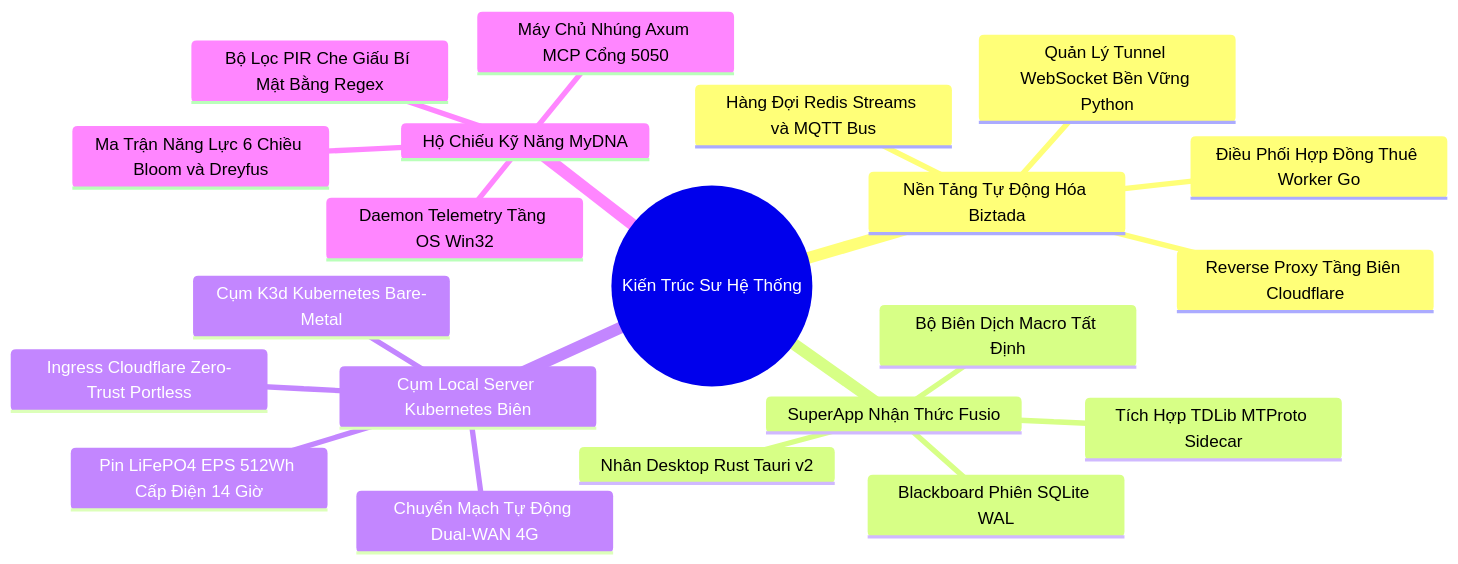
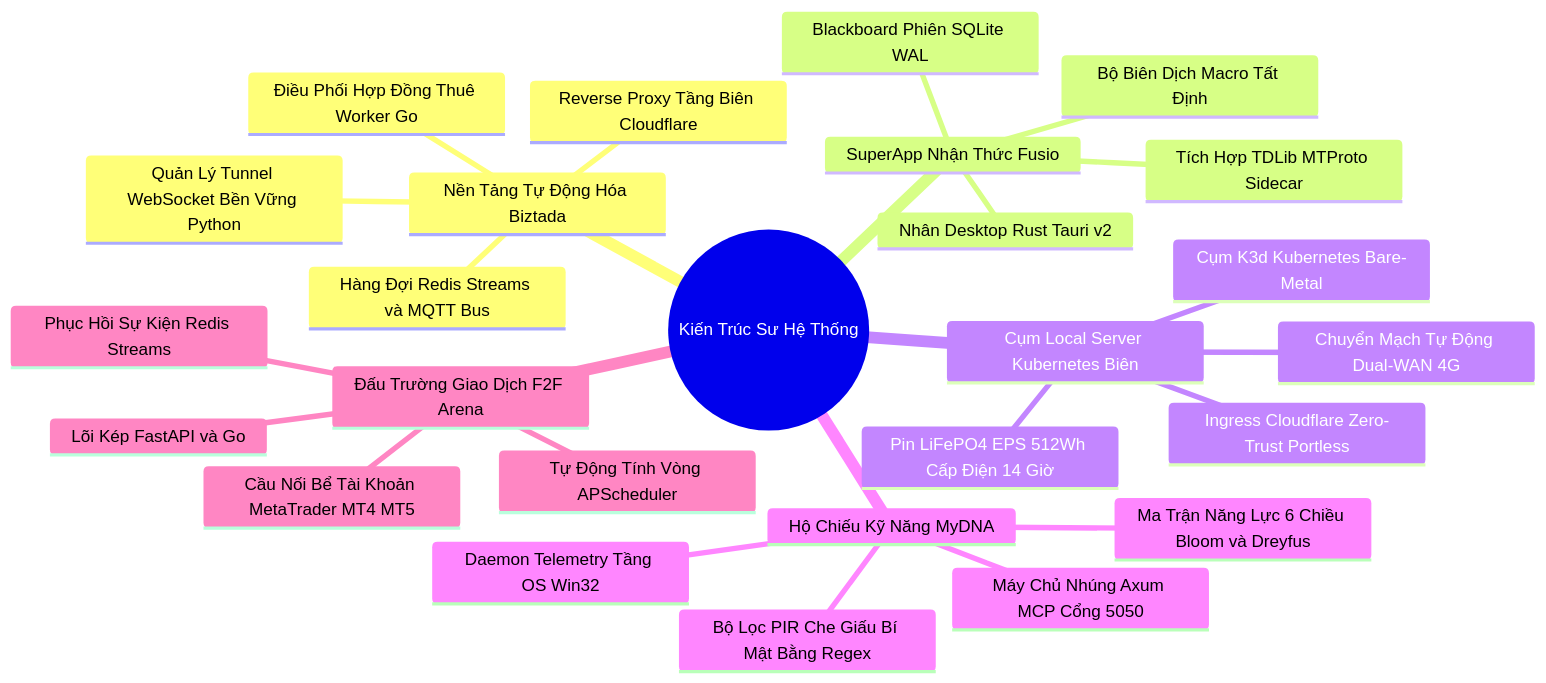
The diagram in PROFILE.md (DrLucifer1810/system-architecture-case-studies-vi), drawn with Mermaid before and after one commit. The commit also changed other lines of this file and 18 other files, not shown here.

Commit message:
feat(case-study): them ho so kien truc f2f trading arena giai dau giao dich thoi gian thuc

````diff
--- a/PROFILE.md
+++ b/PROFILE.md
@@ -56,24 +56,29 @@
 ```mermaid
 mindmap
   root((Kiến Trúc Sư Hệ Thống))
     Nền Tảng Tự Động Hóa Biztada
       Điều Phối Hợp Đồng Thuê Worker Go
       Quản Lý Tunnel WebSocket Bền Vững Python
       Reverse Proxy Tầng Biên Cloudflare
       Hàng Đợi Redis Streams và MQTT Bus
     SuperApp Nhận Thức Fusio
       Nhân Desktop Rust Tauri v2
       Blackboard Phiên SQLite WAL
       Bộ Biên Dịch Macro Tất Định
       Tích Hợp TDLib MTProto Sidecar
     Cụm Local Server Kubernetes Biên
       Cụm K3d Kubernetes Bare-Metal
       Ingress Cloudflare Zero-Trust Portless
       Chuyển Mạch Tự Động Dual-WAN 4G
       Pin LiFePO4 EPS 512Wh Cấp Điện 14 Giờ
     Hộ Chiếu Kỹ Năng MyDNA
       Daemon Telemetry Tầng OS Win32
       Bộ Lọc PIR Che Giấu Bí Mật Bằng Regex
       Máy Chủ Nhúng Axum MCP Cổng 5050
       Ma Trận Năng Lực 6 Chiều Bloom và Dreyfus
+    Đấu Trường Giao Dịch F2F Arena
+      Lõi Kép FastAPI và Go
+      Phục Hồi Sự Kiện Redis Streams
+      Tự Động Tính Vòng APScheduler
+      Cầu Nối Bể Tài Khoản MetaTrader MT4 MT5
 ```
````
